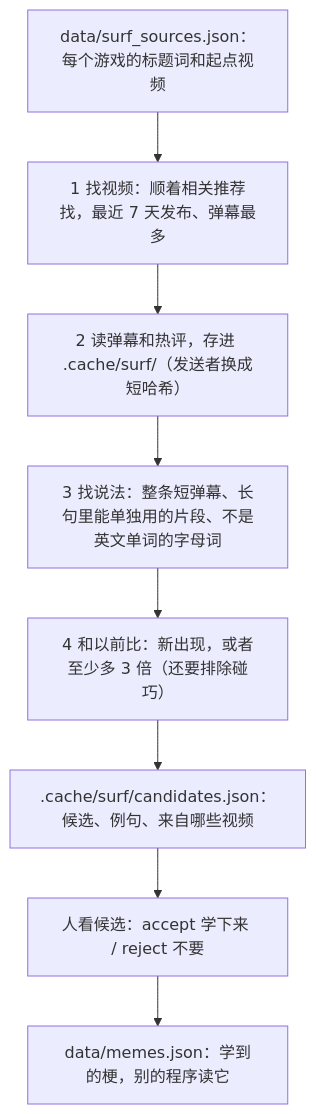
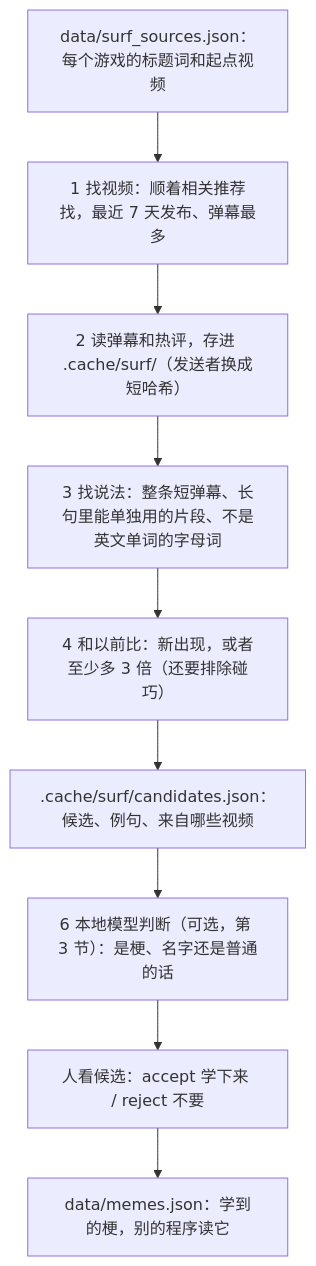
Before and after one commit to HHCreator/MemeLearnerBot: the first of 2 diagrams in docs/DESIGN.md, drawn with Mermaid. The commit also changed other lines of this file and 6 other files, not shown here.

````diff
--- a/docs/DESIGN.md
+++ b/docs/DESIGN.md
@@ -31,10 +33,11 @@
 ```mermaid
 flowchart TD
     A["data/surf_sources.json：每个游戏的标题词和起点视频"] --> B["1 找视频：顺着相关推荐找，最近 7 天发布、弹幕最多"]
     B --> C["2 读弹幕和热评，存进 .cache/surf/（发送者换成短哈希）"]
     C --> D["3 找说法：整条短弹幕、长句里能单独用的片段、不是英文单词的字母词"]
     D --> E["4 和以前比：新出现，或者至少多 3 倍（还要排除碰巧）"]
     E --> F[".cache/surf/candidates.json：候选、例句、来自哪些视频"]
-    F --> G["人看候选：accept 学下来 / reject 不要"]
+    F --> J["6 本地模型判断（可选，第 3 节）：是梗、名字还是普通的话"]
+    J --> G["人看候选：accept 学下来 / reject 不要"]
     G --> H["data/memes.json：学到的梗，别的程序读它"]
 ```
````
